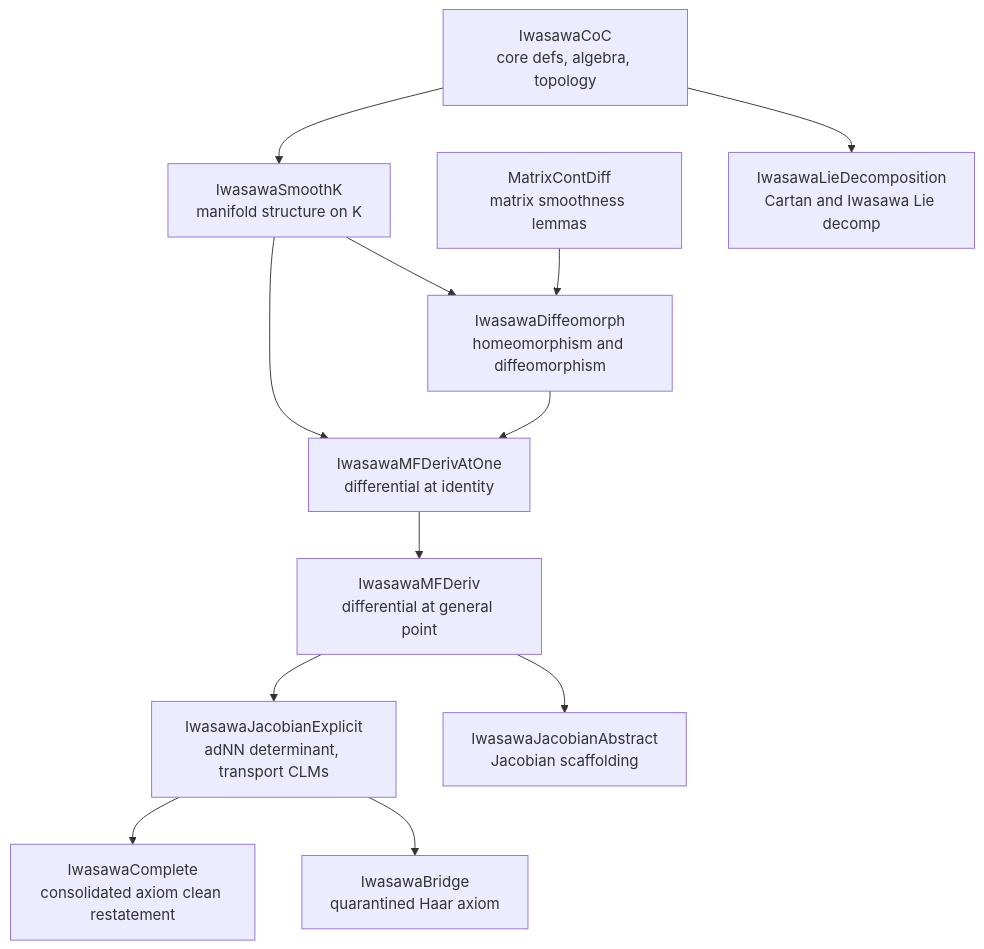
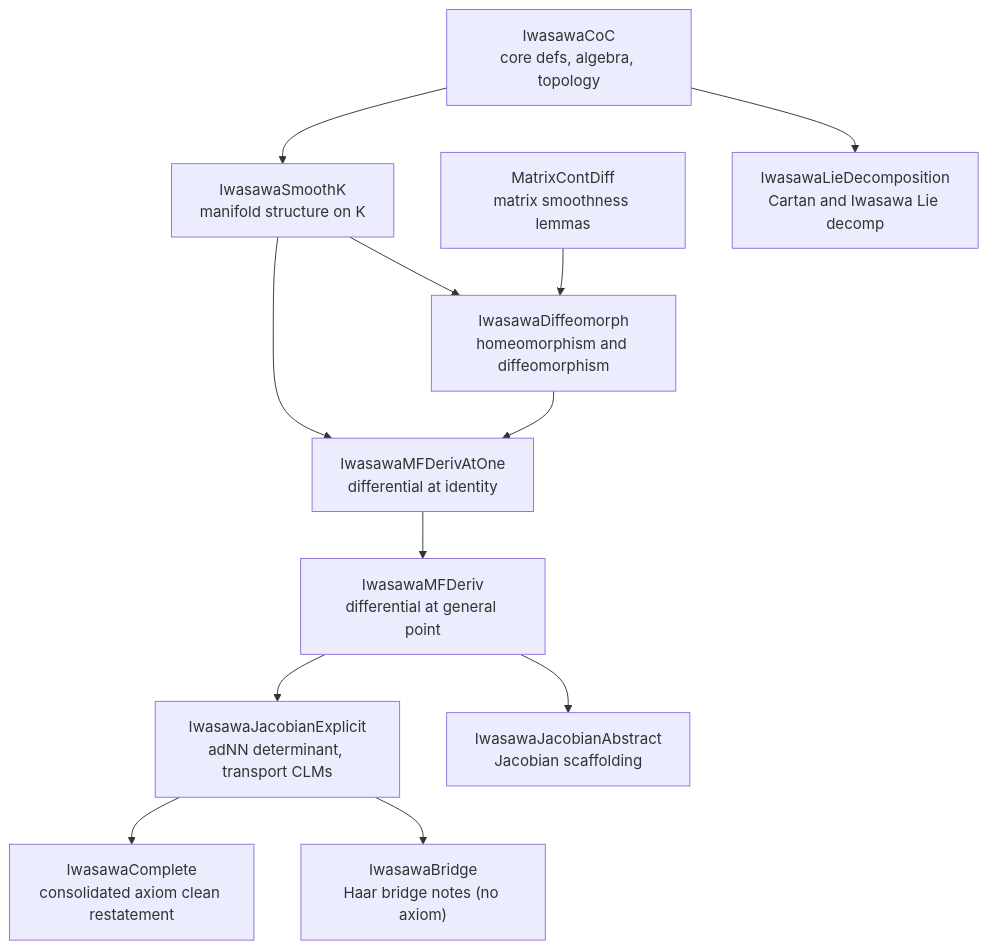
Before and after one commit to CuteSurtr/iwasawa-change-of-coordinates: the fourth of 4 diagrams in README.md, drawn with Mermaid. The commit also changed other lines of this file and 2 other files, not shown here.

First line of the commit message:
Sync docs to the axiom clean state after removing the placeholder axiom

````diff
--- a/README.md
+++ b/README.md
@@ -1007,26 +1009,26 @@
 ```mermaid
 flowchart TD
     COC["IwasawaCoC<br/>core defs, algebra, topology"]
     MCD["MatrixContDiff<br/>matrix smoothness lemmas"]
     SK["IwasawaSmoothK<br/>manifold structure on K"]
     DIFF["IwasawaDiffeomorph<br/>homeomorphism and diffeomorphism"]
     LIE["IwasawaLieDecomposition<br/>Cartan and Iwasawa Lie decomp"]
     D1["IwasawaMFDerivAtOne<br/>differential at identity"]
     DG["IwasawaMFDeriv<br/>differential at general point"]
     JE["IwasawaJacobianExplicit<br/>adNN determinant, transport CLMs"]
     JA["IwasawaJacobianAbstract<br/>Jacobian scaffolding"]
     CMP["IwasawaComplete<br/>consolidated axiom clean restatement"]
-    BR["IwasawaBridge<br/>quarantined Haar axiom"]
+    BR["IwasawaBridge<br/>Haar bridge notes (no axiom)"]
 
     COC --> SK
     COC --> LIE
     SK --> DIFF
     MCD --> DIFF
     SK --> D1
     DIFF --> D1
     D1 --> DG
     DG --> JE
     DG --> JA
     JE --> CMP
     JE --> BR
 ```
````
